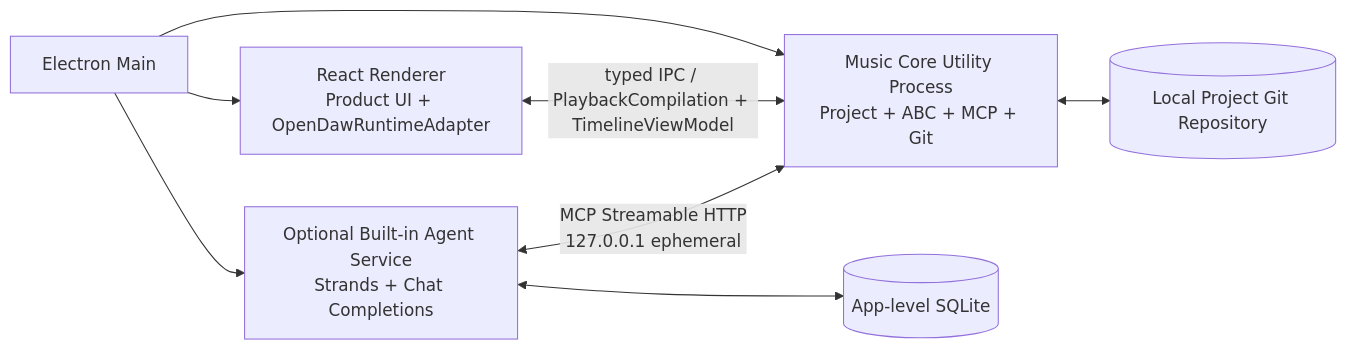
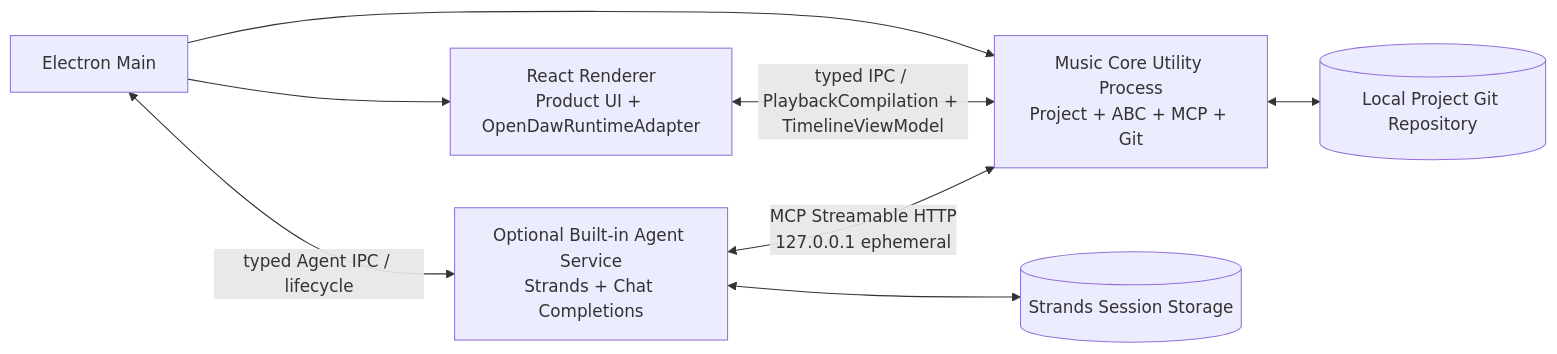
The diagram in docs/architecture/Agent Music Workstation System Architecture.md (10000-C/Music-Harness), drawn with Mermaid before and after one commit. The commit also changed other lines of this file and 4 other files, not shown here.

````diff
--- a/docs/architecture/Agent Music Workstation System Architecture.md
+++ b/docs/architecture/Agent Music Workstation System Architecture.md
@@ -141,17 +153,17 @@
 ```mermaid
 flowchart LR
     MAIN[Electron Main]
     RENDERER[React Renderer<br/>Product UI + OpenDawRuntimeAdapter]
     CORE[Music Core Utility Process\nProject + ABC + MCP + Git]
     AGENT[Optional Built-in Agent Service\nStrands + Chat Completions]
-    DB[(App-level SQLite)]
+    SESSION[(Strands Session Storage)]
     FS[(Local Project Git Repository)]
 
     MAIN --> RENDERER
     MAIN --> CORE
-    MAIN --> AGENT
+    MAIN <-->|typed Agent IPC / lifecycle| AGENT
     RENDERER <-->|typed IPC / PlaybackCompilation + TimelineViewModel| CORE
     AGENT <-->|MCP Streamable HTTP\n127.0.0.1 ephemeral| CORE
-    AGENT <--> DB
+    AGENT <--> SESSION
     CORE <--> FS
 ```
````
